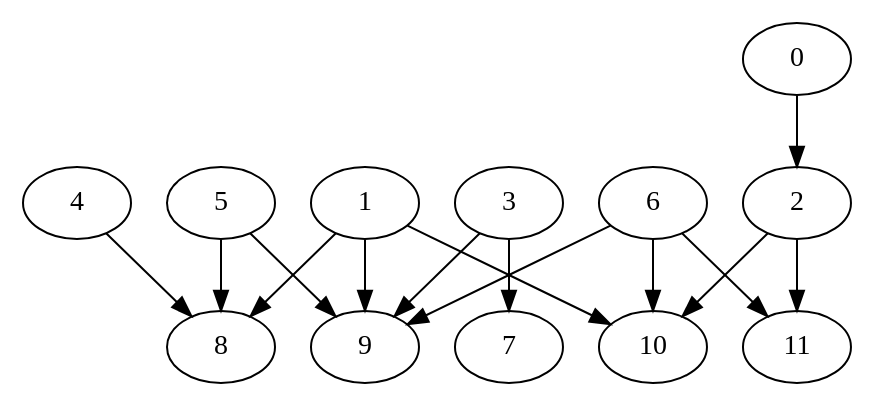
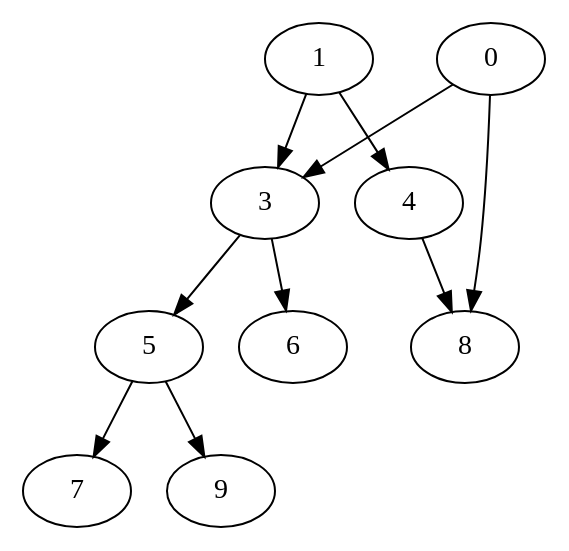
One commit to MrGreyPanda/NEM-MCMC-optimization changed the diagram in DAGs/networks/network2/network2_red.dot. Above: the diagram before and after it, drawn with Graphviz. The commit also changed 177 other files, not shown here.

```diff
--- a/DAGs/networks/network2/network2_red.dot
+++ b/DAGs/networks/network2/network2_red.dot
@@ -1,16 +1,11 @@
 digraph {
-    5 -> 8;
-    6 -> 9;
-    3 -> 7;
-    2 -> 10;
-    1 -> 8;
-    6 -> 11;
-    0 -> 2;
-    3 -> 9;
-    6 -> 10;
-    1 -> 10;
+    0 -> 3;
+    5 -> 7;
+    1 -> 4;
     4 -> 8;
+    3 -> 6;
     5 -> 9;
-    2 -> 11;
-    1 -> 9;
+    0 -> 8;
+    1 -> 3;
+    3 -> 5;
 }
```
